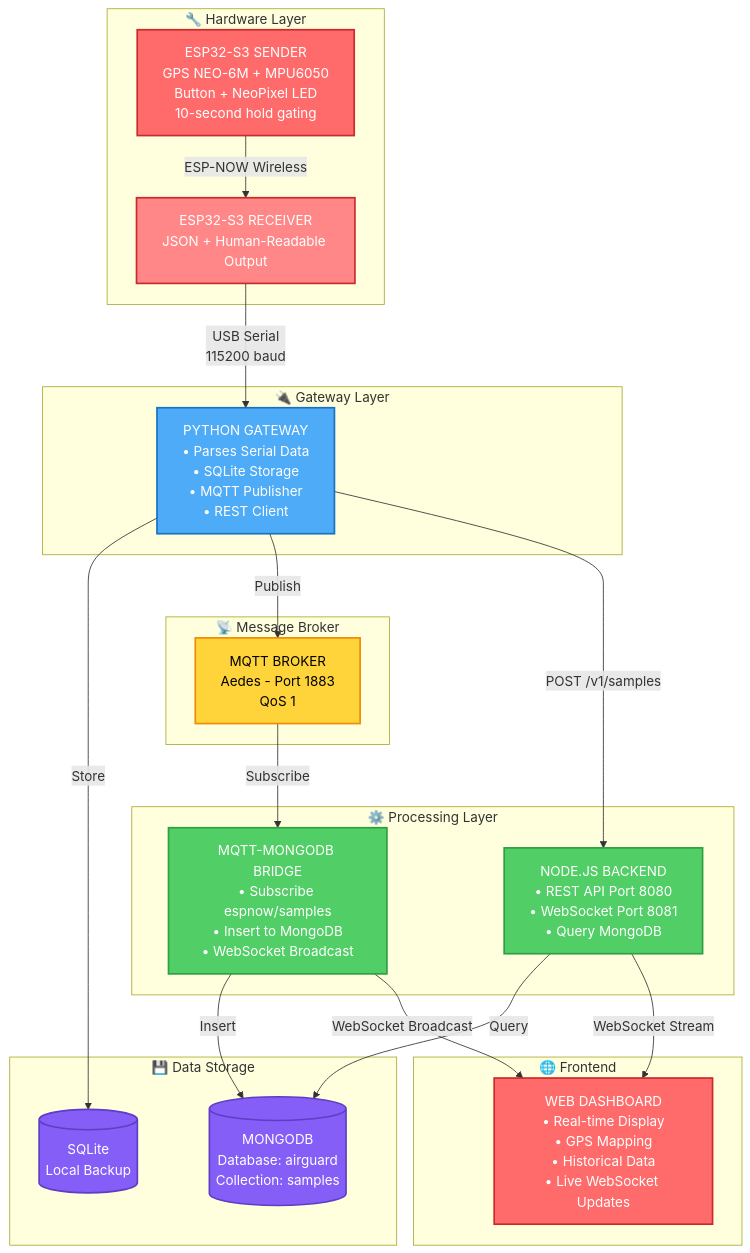
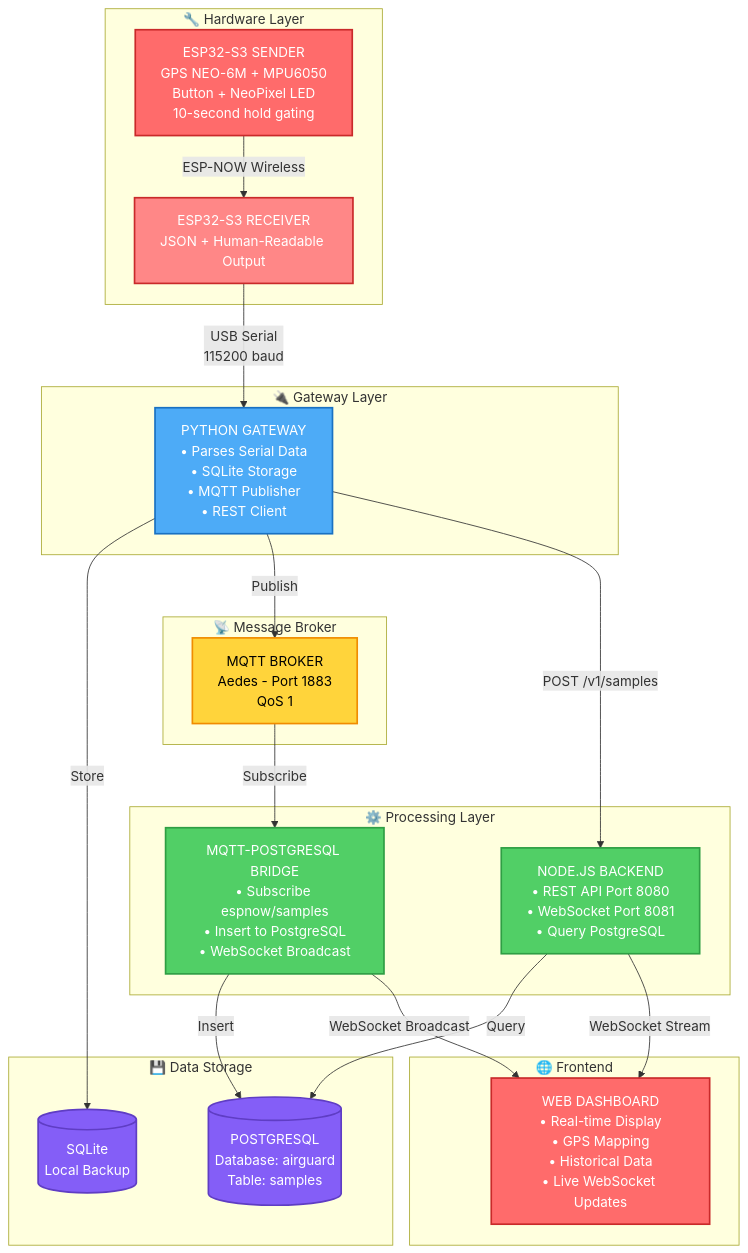
Before and after one commit to ryankyrillos/airguard-esp32-iot: the first of 2 diagrams in README.md, drawn with Mermaid. The commit also changed other lines of this file and 1 other file, not shown here.

First line of the commit message:
Add comprehensive PostgreSQL setup documentation and testing

````diff
--- a/README.md
+++ b/README.md
@@ -66,50 +66,50 @@
 ```mermaid
 graph TB
     subgraph Hardware["🔧 Hardware Layer"]
         A["ESP32-S3 SENDER<br/>GPS NEO-6M + MPU6050<br/>Button + NeoPixel LED<br/>10-second hold gating"]
         B["ESP32-S3 RECEIVER<br/>JSON + Human-Readable Output"]
     end
     
     subgraph Gateway["🔌 Gateway Layer"]
         C["PYTHON GATEWAY<br/>• Parses Serial Data<br/>• SQLite Storage<br/>• MQTT Publisher<br/>• REST Client"]
     end
     
     subgraph Messaging["📡 Message Broker"]
         D["MQTT BROKER<br/>Aedes - Port 1883<br/>QoS 1"]
     end
     
     subgraph Processing["⚙️ Processing Layer"]
-        E["MQTT-MONGODB BRIDGE<br/>• Subscribe espnow/samples<br/>• Insert to MongoDB<br/>• WebSocket Broadcast"]
-        F["NODE.JS BACKEND<br/>• REST API Port 8080<br/>• WebSocket Port 8081<br/>• Query MongoDB"]
+        E["MQTT-POSTGRESQL BRIDGE<br/>• Subscribe espnow/samples<br/>• Insert to PostgreSQL<br/>• WebSocket Broadcast"]
+        F["NODE.JS BACKEND<br/>• REST API Port 8080<br/>• WebSocket Port 8081<br/>• Query PostgreSQL"]
     end
     
     subgraph Storage["💾 Data Storage"]
-        G[("MONGODB<br/>Database: airguard<br/>Collection: samples")]
+        G[("POSTGRESQL<br/>Database: airguard<br/>Table: samples")]
         H[("SQLite<br/>Local Backup")]
     end
     
     subgraph Frontend["🌐 Frontend"]
         I["WEB DASHBOARD<br/>• Real-time Display<br/>• GPS Mapping<br/>• Historical Data<br/>• Live WebSocket Updates"]
     end
     
     A -->|ESP-NOW Wireless| B
     B -->|USB Serial<br/>115200 baud| C
     C -->|Store| H
     C -->|Publish| D
     C -->|POST /v1/samples| F
     D -->|Subscribe| E
     E -->|Insert| G
     F -->|Query| G
     F -->|WebSocket Stream| I
     E -->|WebSocket Broadcast| I
     
     style A fill:#ff6b6b,stroke:#c92a2a,stroke-width:2px,color:#fff
     style B fill:#ff8787,stroke:#c92a2a,stroke-width:2px,color:#fff
     style C fill:#4dabf7,stroke:#1971c2,stroke-width:2px,color:#fff
     style D fill:#ffd43b,stroke:#f08c00,stroke-width:2px,color:#000
     style E fill:#51cf66,stroke:#2f9e44,stroke-width:2px,color:#fff
     style F fill:#51cf66,stroke:#2f9e44,stroke-width:2px,color:#fff
     style G fill:#845ef7,stroke:#5f3dc4,stroke-width:2px,color:#fff
     style H fill:#845ef7,stroke:#5f3dc4,stroke-width:2px,color:#fff
     style I fill:#ff6b6b,stroke:#c92a2a,stroke-width:2px,color:#fff
 ```
````
